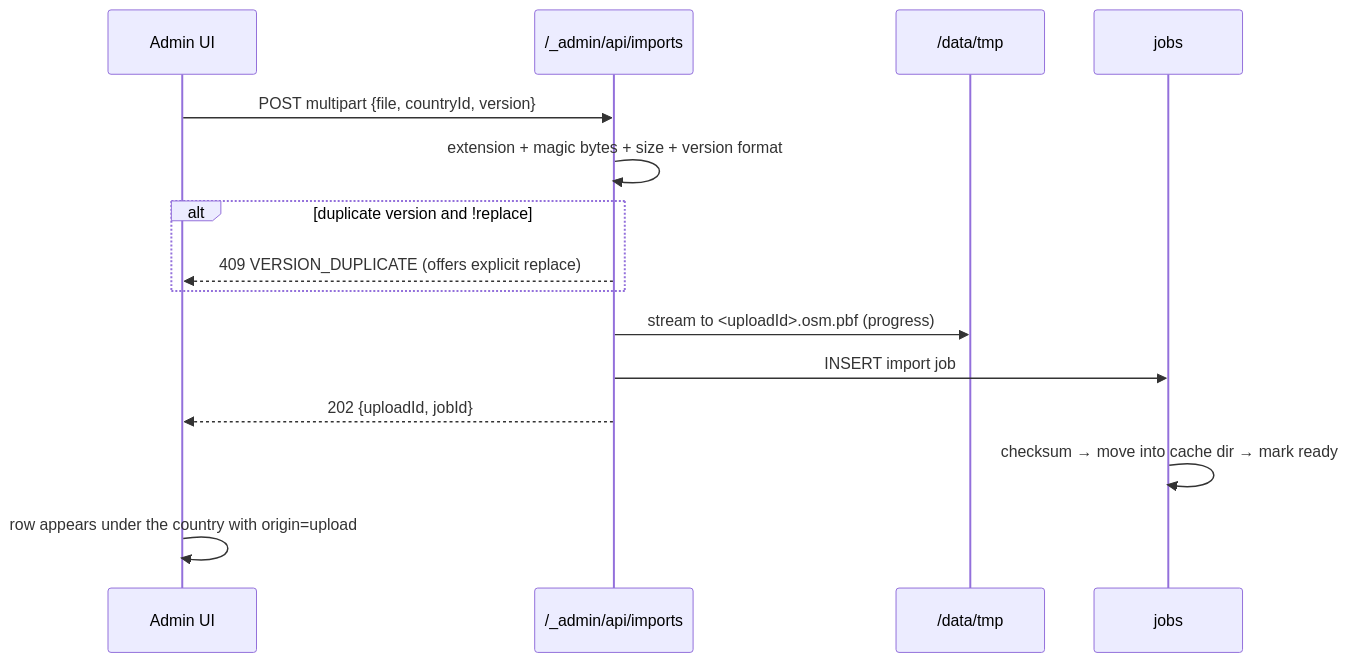
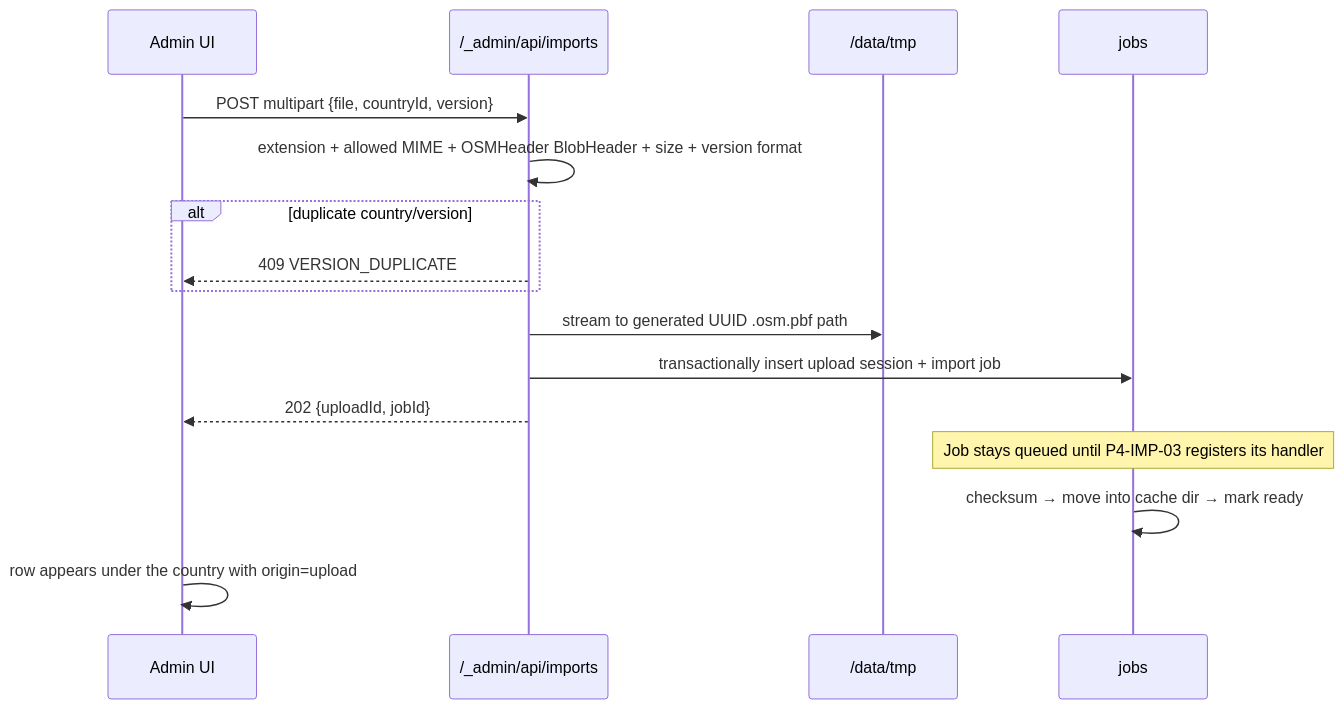
One commit to komeilm76/mapirror changed diagram 11 of 12 in docs/05-flows.md. Above: the diagram before and after it, drawn with Mermaid. The commit also changed other lines of this file and 14 other files, not shown here.

````diff
--- a/docs/05-flows.md
+++ b/docs/05-flows.md
@@ -432,17 +432,18 @@
 ```mermaid
 sequenceDiagram
   participant A as Admin UI
   participant API as /_admin/api/imports
   participant TMP as /data/tmp
   participant Q as jobs
   A->>API: POST multipart {file, countryId, version}
-  API->>API: extension + magic bytes + size + version format
-  alt duplicate version and !replace
-    API-->>A: 409 VERSION_DUPLICATE (offers explicit replace)
+  API->>API: extension + allowed MIME + OSMHeader BlobHeader + size + version format
+  alt duplicate country/version
+    API-->>A: 409 VERSION_DUPLICATE
   end
-  API->>TMP: stream to <uploadId>.osm.pbf (progress)
-  API->>Q: INSERT import job
+  API->>TMP: stream to generated UUID .osm.pbf path
+  API->>Q: transactionally insert upload session + import job
   API-->>A: 202 {uploadId, jobId}
+  Note over Q: Job stays queued until P4-IMP-03 registers its handler
   Q->>Q: checksum → move into cache dir → mark ready
   A->>A: row appears under the country with origin=upload
 ```
````
